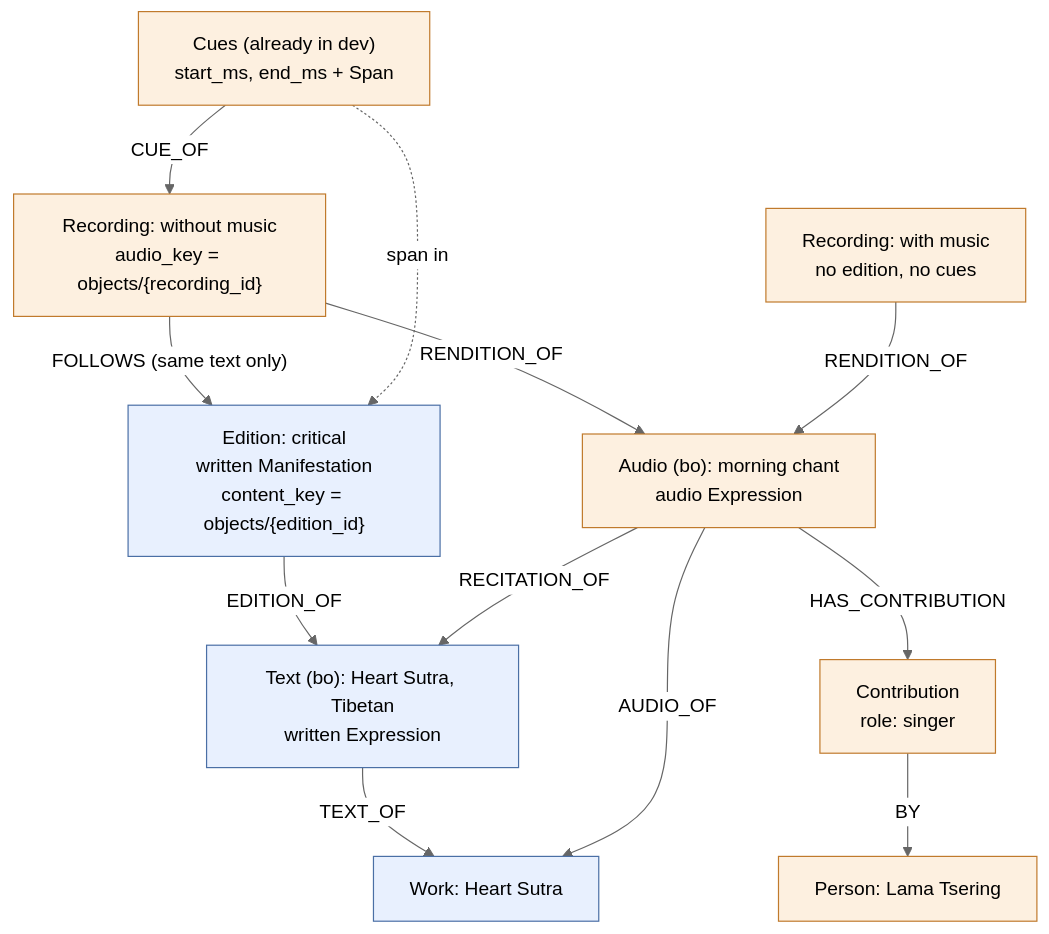
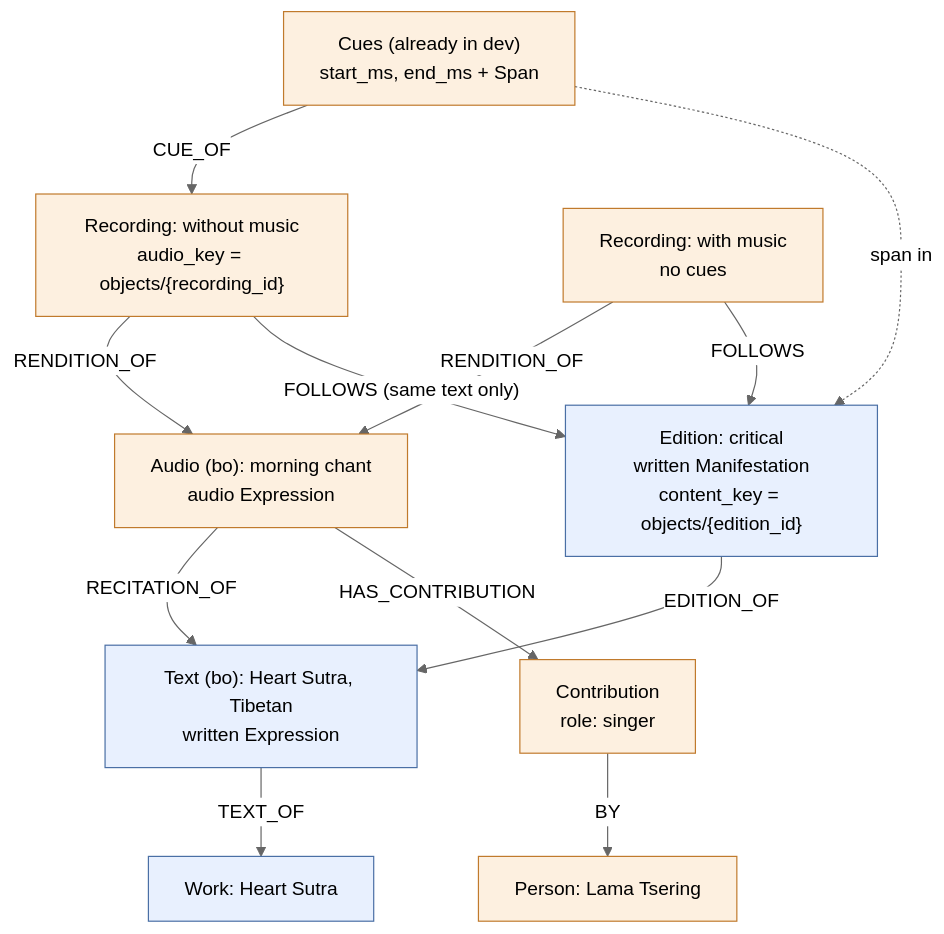
The diagram in docs/proposals/audio-as-expression.mmd (WeBuddhist/Webuddhist-library), drawn with Mermaid (neutral theme) before and after one commit. The commit also changed 53 other files, not shown here.

Commit message:
Enforce graph constraints from the Neo4j schema, migrate legacy recordings to link each audio performance to the edition it follows, and simplify alignment, segmentation, and catalog search.

```diff
--- a/docs/proposals/audio-as-expression.mmd
+++ b/docs/proposals/audio-as-expression.mmd
@@ -1,27 +1,27 @@
 graph TD
   Work["Work: Heart Sutra"]
   Text["Text (bo): Heart Sutra, Tibetan<br/>written Expression"]
   Edition["Edition: critical<br/>written Manifestation<br/>content_key = objects/{edition_id}"]
   Audio["Audio (bo): morning chant<br/>audio Expression"]
   Contribution["Contribution<br/>role: singer"]
   Person["Person: Lama Tsering"]
   R1["Recording: without music<br/>audio_key = objects/{recording_id}"]
-  R2["Recording: with music<br/>no edition, no cues"]
+  R2["Recording: with music<br/>no cues"]
   Cue["Cues (already in dev)<br/>start_ms, end_ms + Span"]
 
   Text -->|TEXT_OF| Work
   Edition -->|EDITION_OF| Text
-  Audio -->|AUDIO_OF| Work
   Audio -->|RECITATION_OF| Text
   R1 -->|RENDITION_OF| Audio
   R2 -->|RENDITION_OF| Audio
   R1 -->|"FOLLOWS (same text only)"| Edition
+  R2 -->|FOLLOWS| Edition
   Cue -->|CUE_OF| R1
   Cue -.->|span in| Edition
   Audio -->|HAS_CONTRIBUTION| Contribution
   Contribution -->|BY| Person
 
   classDef written fill:#e8f0fe,stroke:#4a6fa5
   classDef audio fill:#fdf0e0,stroke:#c07a2c
   class Text,Edition,Work written
   class Audio,R1,R2,Cue,Contribution,Person audio
```
